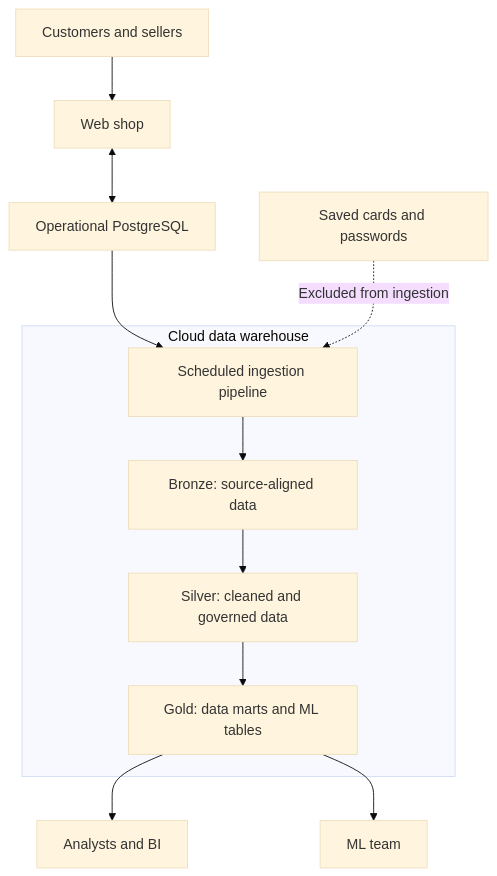
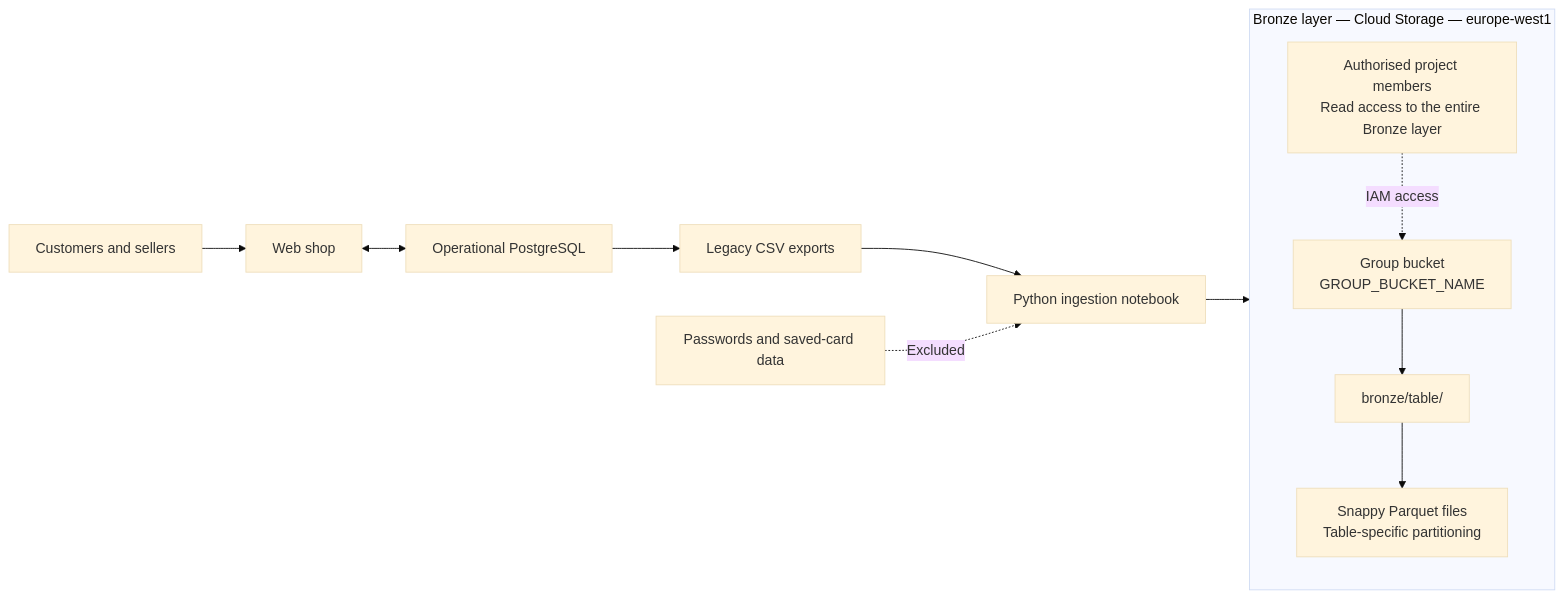
Before and after one commit to Alexandro-Biz24/de-platform-template: the diagram in docs/architecture.md, drawn with Mermaid (base theme). The commit also changed other lines of this file and 17 other files, not shown here.

````diff
--- a/docs/architecture.md
+++ b/docs/architecture.md
@@ -16,18 +22,23 @@
 ```mermaid
-flowchart TD
+flowchart LR
     A["Customers and sellers"] --> B["Web shop"]
     B <--> C["Operational PostgreSQL"]
+    C --> D["Legacy CSV exports"]
+    D --> E["Python ingestion notebook"]
 
-    C --> D["Scheduled ingestion pipeline"]
+    S["Passwords and saved-card data"] -. "Excluded" .-> E
 
-    subgraph W["Cloud data warehouse"]
-        D --> E["Bronze: source-aligned data"]
-        E --> F["Silver: cleaned and governed data"]
-        F --> G["Gold: data marts and ML tables"]
+    subgraph BRONZE["Bronze layer — Cloud Storage — europe-west1"]
+        direction TB
+
+        F["Group bucket<br/>GROUP_BUCKET_NAME"]
+        G["bronze/table/"]
+        H["Snappy Parquet files<br/>Table-specific partitioning"]
+        U["Authorised project members<br/>Read access to the entire Bronze layer"]
+
+        F --> G --> H
+        U -. "IAM access" .-> F
     end
 
-    G --> H["Analysts and BI"]
-    G --> I["ML team"]
-
-    J["Saved cards and passwords"] -. "Excluded from ingestion" .-> D
+    E --> F
 ```
````
